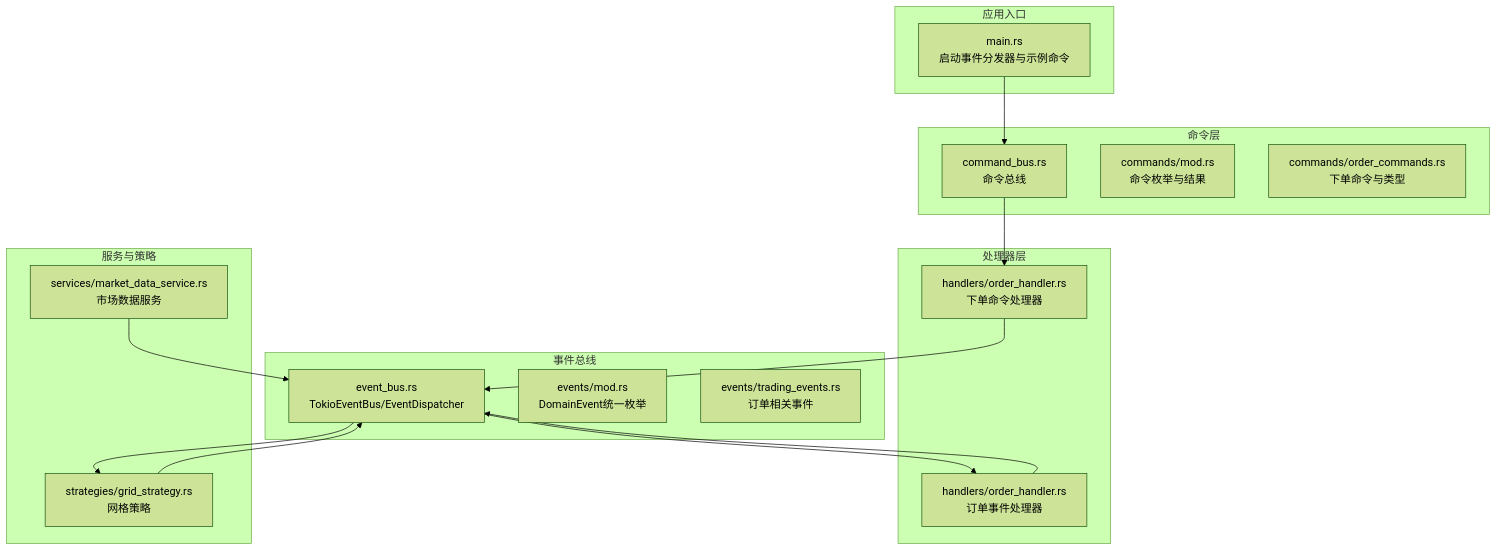
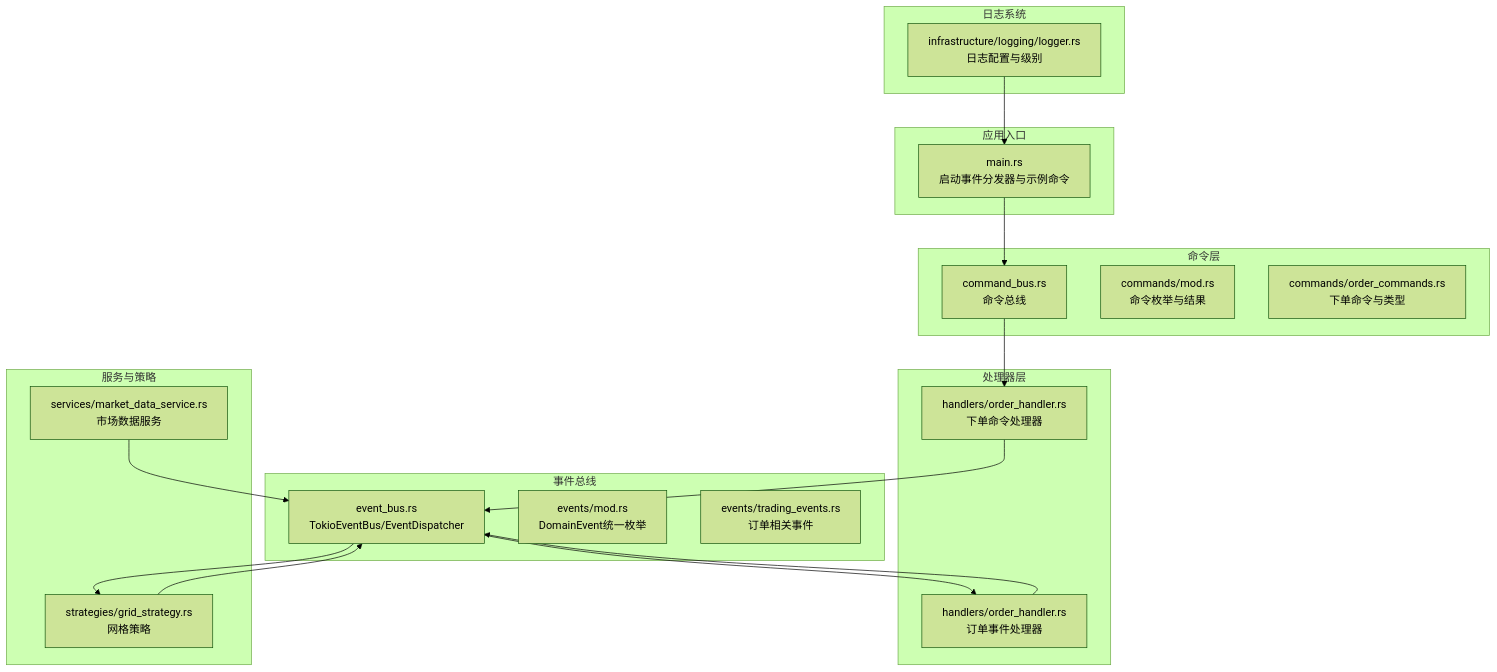
The first of 6 diagrams in .qoder/repowiki/zh/content/业务服务/订单处理服务.md (Heres1/binanceWebsocket), drawn with Mermaid (forest theme) before and after one commit. The commit also changed other lines of this file and 8 other files, not shown here.

````diff
--- a/.qoder/repowiki/zh/content/业务服务/订单处理服务.md
+++ b/.qoder/repowiki/zh/content/业务服务/订单处理服务.md
@@ -46,32 +50,36 @@
 ```mermaid
 graph TB
 subgraph "应用入口"
 MAIN["main.rs<br/>启动事件分发器与示例命令"]
 end
 subgraph "命令层"
 CMD_BUS["command_bus.rs<br/>命令总线"]
 CMD_MOD["commands/mod.rs<br/>命令枚举与结果"]
 ORDER_CMD["commands/order_commands.rs<br/>下单命令与类型"]
 end
 subgraph "处理器层"
 ORDER_HANDLER["handlers/order_handler.rs<br/>订单事件处理器"]
 ORDER_CMD_HANDLER["handlers/order_handler.rs<br/>下单命令处理器"]
 end
 subgraph "事件总线"
 EVENT_BUS["event_bus.rs<br/>TokioEventBus/EventDispatcher"]
 DOMAIN_EVENT["events/mod.rs<br/>DomainEvent统一枚举"]
 TRADING_EVENTS["events/trading_events.rs<br/>订单相关事件"]
 end
 subgraph "服务与策略"
 MARKET_DATA["services/market_data_service.rs<br/>市场数据服务"]
 GRID_STRATEGY["strategies/grid_strategy.rs<br/>网格策略"]
 end
+subgraph "日志系统"
+LOGGER["infrastructure/logging/logger.rs<br/>日志配置与级别"]
+end
 MAIN --> CMD_BUS
 CMD_BUS --> ORDER_CMD_HANDLER
 ORDER_CMD_HANDLER --> EVENT_BUS
 ORDER_HANDLER --> EVENT_BUS
 EVENT_BUS --> ORDER_HANDLER
 EVENT_BUS --> GRID_STRATEGY
 GRID_STRATEGY --> EVENT_BUS
 MARKET_DATA --> EVENT_BUS
+LOGGER --> MAIN
 ```
````
